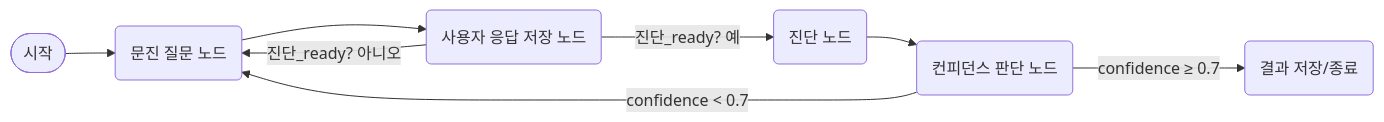
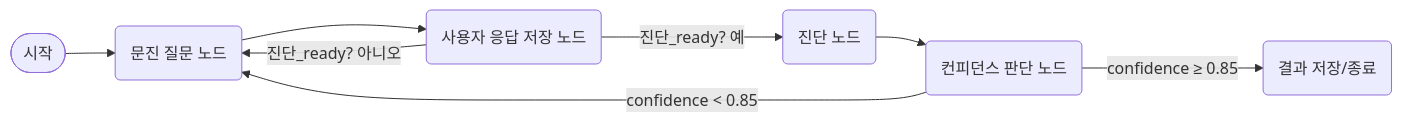
Before and after one commit to constitution-recipes/Ai-Data: the second of 2 diagrams in llm/document/8_constitution_architecture.md, drawn with Mermaid. The commit also changed other lines of this file and 5 other files, not shown here.

````diff
--- a/llm/document/8_constitution_architecture.md
+++ b/llm/document/8_constitution_architecture.md
@@ -137,10 +137,10 @@
 ```mermaid
 graph LR
   start([시작]) --> ask(문진 질문 노드)
   ask --> answer(사용자 응답 저장 노드)
   answer -->|진단_ready? 아니오| ask
   answer -->|진단_ready? 예| diagnose(진단 노드)
   diagnose --> checkConf(컨피던스 판단 노드)
-  checkConf -->|confidence < 0.7| ask
-  checkConf -->|confidence ≥ 0.7| save(결과 저장/종료)
+  checkConf -->|confidence < 0.85| ask
+  checkConf -->|confidence ≥ 0.85| save(결과 저장/종료)
 ```
````
